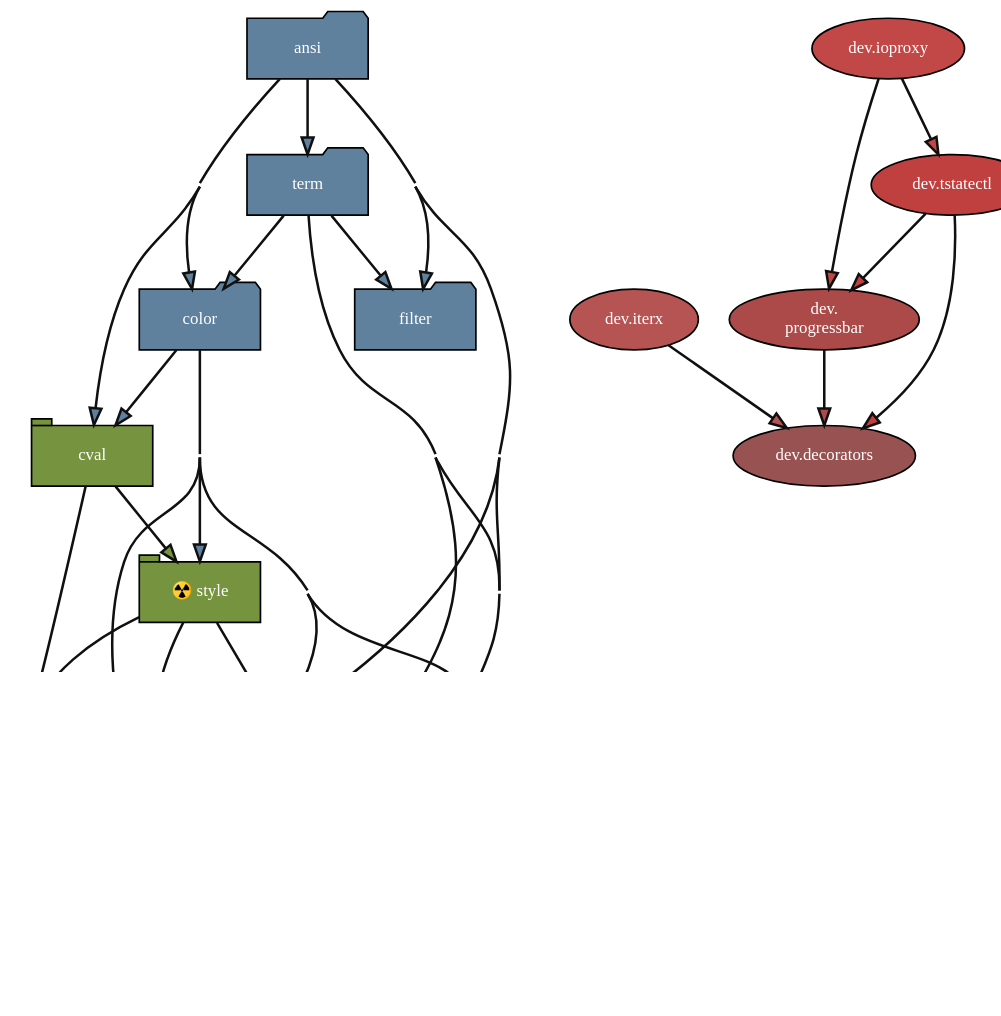
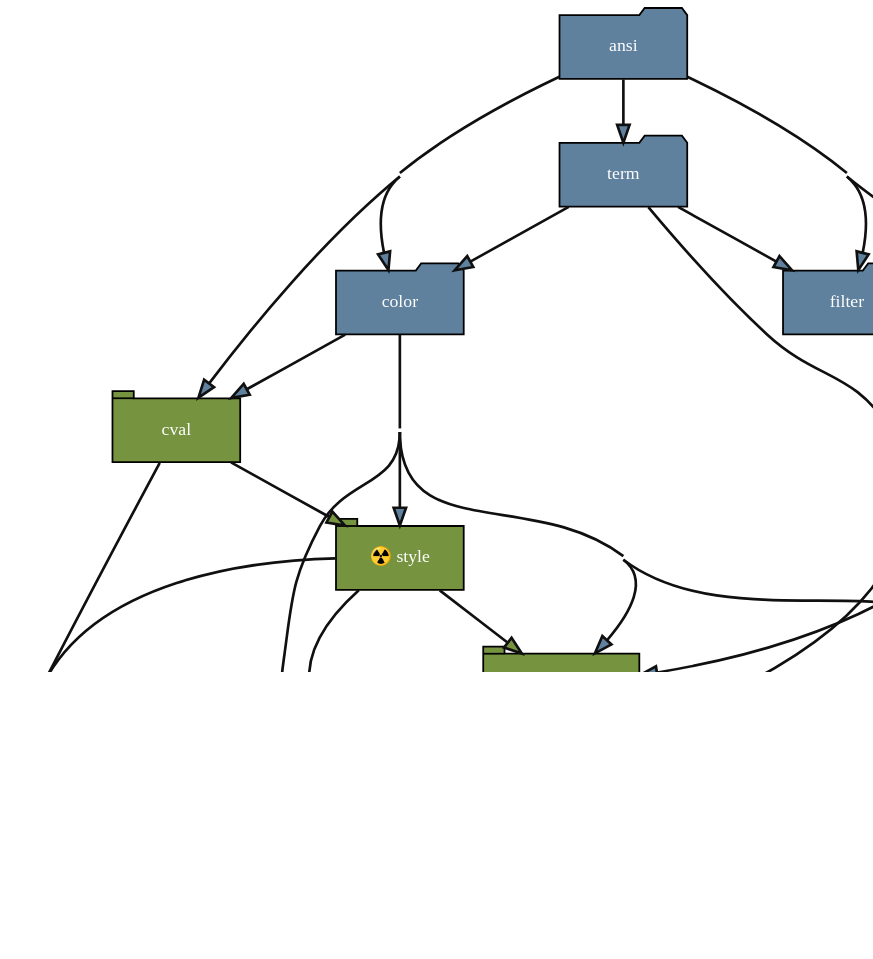
One commit to delameter/pytermor changed the diagram in docs/_generated/module-pdf.dot. Above: the diagram before and after it, drawn with Graphviz. The commit also changed 69 other files, not shown here.

```diff
--- a/docs/_generated/module-pdf.dot
+++ b/docs/_generated/module-pdf.dot
@@ -1,69 +1,58 @@
 
 digraph G {
     dpi = 150;
     concentrate = true;
     rankdir = TB;
     #TBbalance = min;
     ratio=fill;
     size="3";
 
     node [
         style="filled",
         fontname="Literal Bold",
         margin="0.2,0.0",
         fontsize=10,
         width=1.0,
         height=.5,
     ];
     edge [
         color="#101010",
         penwidth=1.5,
     ];
 
     pytermor_ansi [shape="folder",group="low",fillcolor="#5f819d",fontcolor="#ffffff",label="ansi"];
     pytermor_color [shape="folder",group="low",fillcolor="#5f819d",fontcolor="#ffffff",label="color"];
     pytermor_cval [shape="tab",fillcolor="#769440",fontcolor="#ffffff",label="cval"];
-    pytermor_dev_decorators [fillcolor="#995252",fontcolor="#ffffff",label="dev.decorators"];
-    pytermor_dev_ioproxy [fillcolor="#c24747",fontcolor="#ffffff",label="dev.ioproxy"];
-    pytermor_dev_iterx [fillcolor="#b65353",fontcolor="#ffffff",label="dev.iterx"];
-    pytermor_dev_progressbar [fillcolor="#ac4949",fontcolor="#ffffff",label="dev\.\nprogressbar"];
-    pytermor_dev_tstatectl [fillcolor="#c04040",fontcolor="#ffffff",label="dev.tstatectl"];
     pytermor_filter [shape="folder",group="low",fillcolor="#5f819d",fontcolor="#ffffff",label="filter"];
     pytermor_numfmt [shape="tab",fillcolor="#769440",fontcolor="#ffffff",label="numfmt"];
     pytermor_renderer [shape="tab",fillcolor="#769440",fontcolor="#ffffff",label="☢️ renderer"];
     pytermor_style [shape="tab",fillcolor="#769440",fontcolor="#ffffff",label="☢️ style"];
     pytermor_template [shape="tab",fillcolor="#769440",fontcolor="#ffffff",label="template"];
     pytermor_term [shape="folder",group="low",fillcolor="#5f819d",fontcolor="#ffffff",label="term"];
     pytermor_text [shape="tab",fillcolor="#769440",fontcolor="#ffffff",label="☢️ text"];
     pytermor_ansi -> pytermor_color [fillcolor="#5f819d"];
     pytermor_ansi -> pytermor_cval [fillcolor="#5f819d"];
     pytermor_ansi -> pytermor_filter [fillcolor="#5f819d"];
     pytermor_ansi -> pytermor_renderer [fillcolor="#5f819d"];
     pytermor_ansi -> pytermor_template [fillcolor="#5f819d"];
     pytermor_ansi -> pytermor_term [fillcolor="#5f819d"];
     pytermor_color -> pytermor_cval [fillcolor="#5f819d"];
     pytermor_color -> pytermor_renderer [fillcolor="#5f819d"];
     pytermor_color -> pytermor_style [fillcolor="#5f819d"];
     pytermor_color -> pytermor_template [fillcolor="#5f819d"];
     pytermor_color -> pytermor_text [fillcolor="#5f819d"];
     pytermor_cval -> pytermor_numfmt [fillcolor="#769440"];
     pytermor_cval -> pytermor_style [fillcolor="#769440"];
-    pytermor_dev_ioproxy -> pytermor_dev_progressbar [fillcolor="#c24747",weight="2"];
-    pytermor_dev_ioproxy -> pytermor_dev_tstatectl [fillcolor="#c24747",weight="2"];
-    pytermor_dev_iterx -> pytermor_dev_decorators [fillcolor="#b65353",weight="2"];
-    pytermor_dev_progressbar -> pytermor_dev_decorators [fillcolor="#ac4949",weight="2"];
-    pytermor_dev_tstatectl -> pytermor_dev_decorators [fillcolor="#c04040",weight="2"];
-    pytermor_dev_tstatectl -> pytermor_dev_progressbar [fillcolor="#c04040",weight="2"];
     pytermor_renderer -> pytermor_template [fillcolor="#769440"];
     pytermor_renderer -> pytermor_text [fillcolor="#769440"];
     pytermor_style -> pytermor_numfmt [fillcolor="#769440"];
     pytermor_style -> pytermor_renderer [fillcolor="#769440"];
     pytermor_style -> pytermor_template [fillcolor="#769440"];
     pytermor_style -> pytermor_text [fillcolor="#769440"];
     pytermor_term -> pytermor_color [fillcolor="#5f819d"];
     pytermor_term -> pytermor_filter [fillcolor="#5f819d"];
     pytermor_term -> pytermor_template [fillcolor="#5f819d"];
     pytermor_term -> pytermor_text [fillcolor="#5f819d"];
     pytermor_text -> pytermor_numfmt [fillcolor="#769440"];
     pytermor_text -> pytermor_template [fillcolor="#769440"];
 }
```
